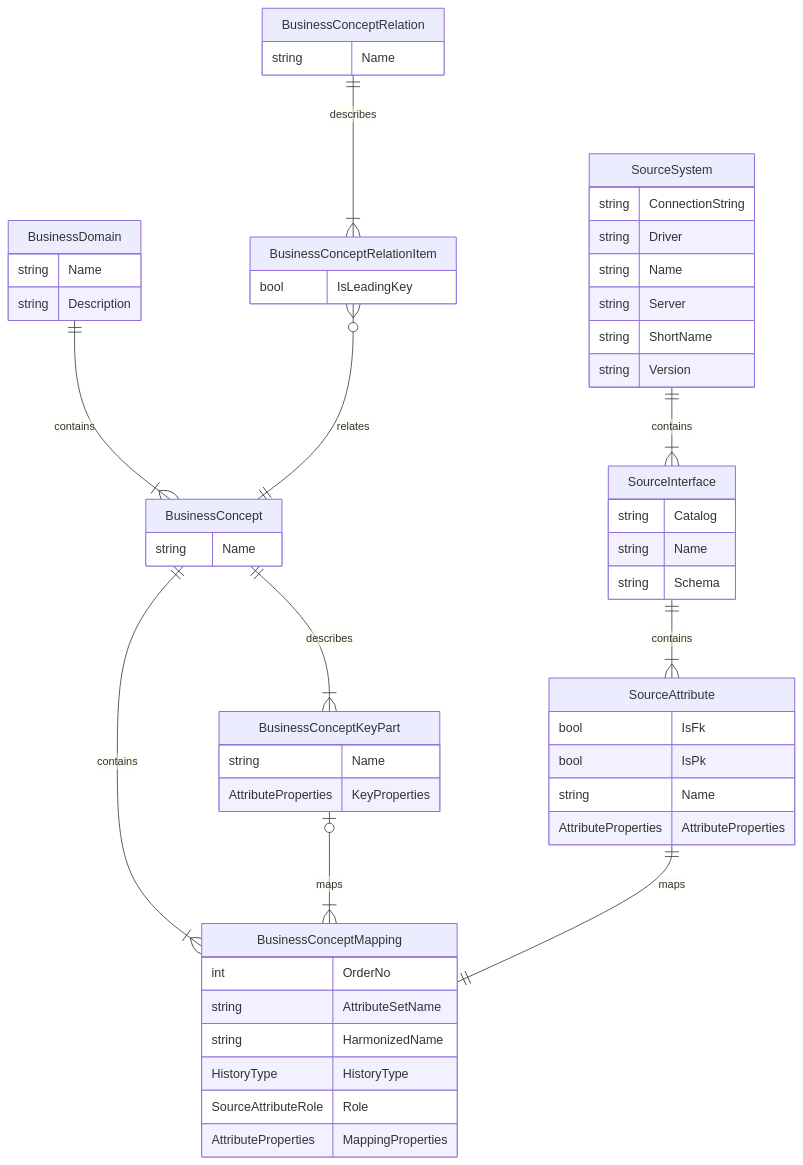
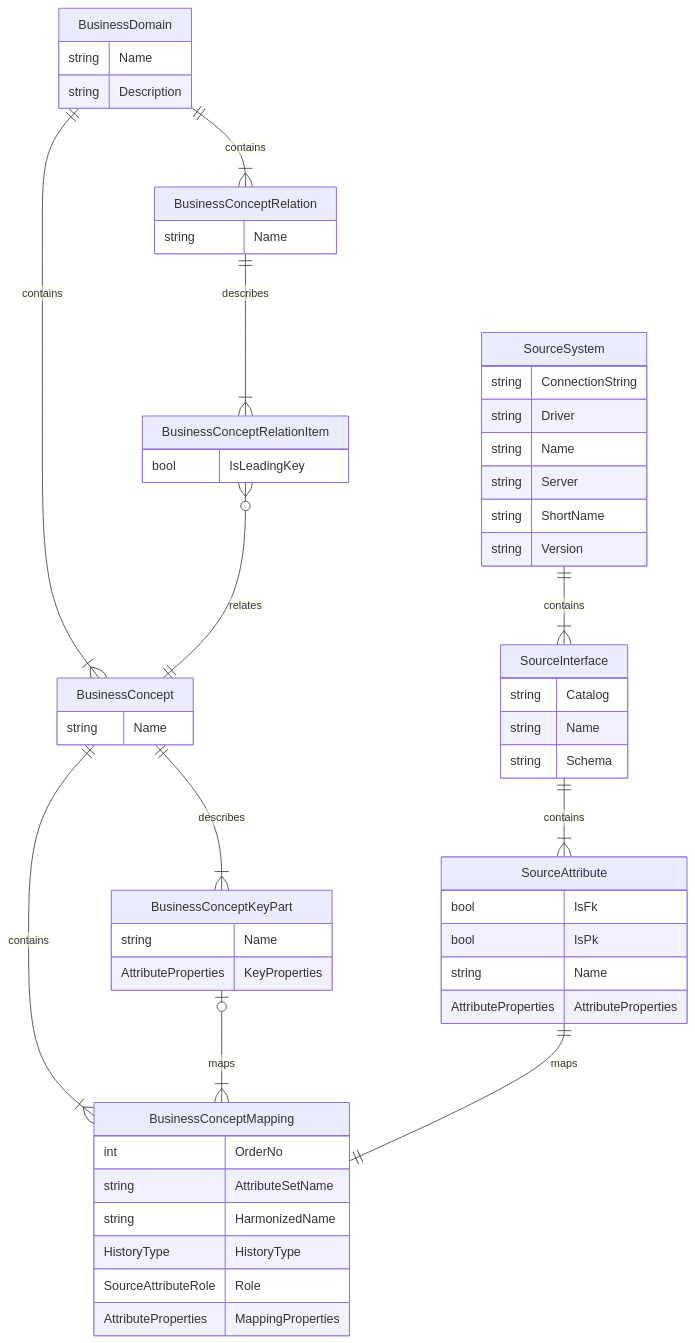
Before and after one commit to timo2o1o/datasett: the first of 2 diagrams in DataSettSln/DataSettMetamodel/README.md, drawn with Mermaid. The commit also changed 6 other files, not shown here.

Commit message:
Implements deserialization of BusinessConceptRelations

````diff
--- a/DataSettSln/DataSettMetamodel/README.md
+++ b/DataSettSln/DataSettMetamodel/README.md
@@ -36,67 +36,68 @@
 ```mermaid
 erDiagram
     SourceSystem ||--|{ SourceInterface : contains
     SourceInterface ||--|{ SourceAttribute : contains
 
     BusinessDomain ||--|{ BusinessConcept : contains
     BusinessConcept ||--|{ BusinessConceptKeyPart : describes
     BusinessConcept ||--|{ BusinessConceptMapping : contains
 
     BusinessConceptKeyPart |o--|{ BusinessConceptMapping : maps
     
+    BusinessDomain ||--|{ BusinessConceptRelation : contains
     BusinessConceptRelation ||--|{ BusinessConceptRelationItem : describes
     BusinessConceptRelationItem }o--|| BusinessConcept : relates
 
     SourceAttribute ||--|| BusinessConceptMapping : maps
 
     SourceSystem {
         string ConnectionString
         string Driver
         string Name
         string Server
         string ShortName
         string Version
     }
     SourceInterface {
         string Catalog
         string Name
         string Schema
     }
     SourceAttribute {
         bool IsFk
         bool IsPk
         string Name
         AttributeProperties AttributeProperties
     }
 
     BusinessConceptMapping {
         int OrderNo
         string AttributeSetName
         string HarmonizedName
         HistoryType HistoryType
         SourceAttributeRole Role
         AttributeProperties MappingProperties
     }
 
     BusinessConcept {
         string Name
     }
 
     BusinessConceptKeyPart {
         string Name
         AttributeProperties KeyProperties
     }
 
     BusinessConceptRelation {
         string Name
     }
 
     BusinessConceptRelationItem {
         bool IsLeadingKey
     }
 
     BusinessDomain {
         string Name
         string Description
     }
 ```
````
